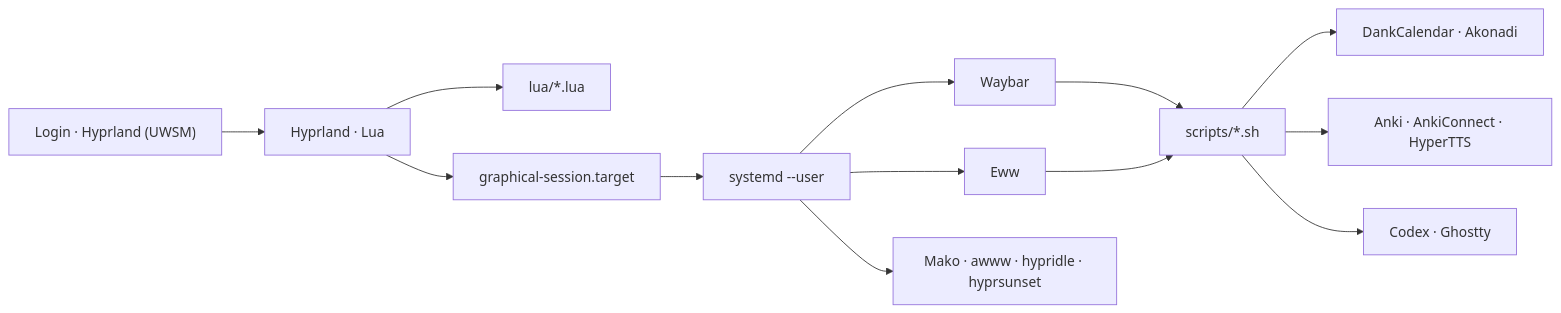
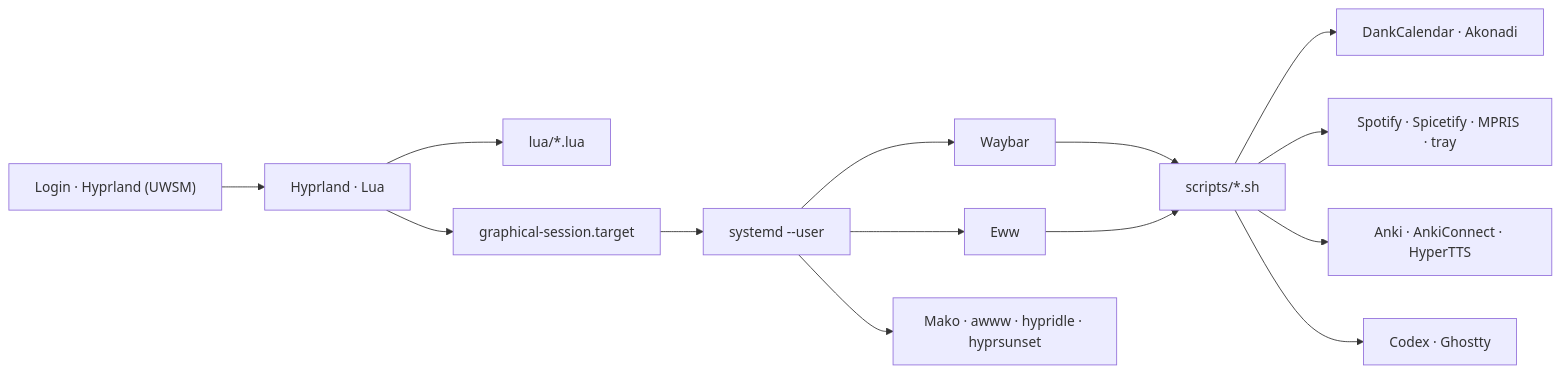
One commit to thbertoldi/hypr-configs changed the diagram in README.md. Above: the diagram before and after it, drawn with Mermaid. The commit also changed other lines of this file and 12 other files, not shown here.

Commit message:
feat(music): add customized Spotify and tray controls

````diff
--- a/README.md
+++ b/README.md
@@ -54,15 +57,16 @@
 ```mermaid
 flowchart LR
     Login["Login · Hyprland (UWSM)"] --> Hypr["Hyprland · Lua"]
     Hypr --> Config["lua/*.lua"]
     Hypr --> Session["graphical-session.target"]
     Session --> Services["systemd --user"]
     Services --> Bar["Waybar"]
     Services --> Dash["Eww"]
     Services --> Desktop["Mako · awww · hypridle · hyprsunset"]
     Bar --> Scripts["scripts/*.sh"]
     Dash --> Scripts
     Scripts --> Calendar["DankCalendar · Akonadi"]
+    Scripts --> Music["Spotify · Spicetify · MPRIS · tray"]
     Scripts --> Study["Anki · AnkiConnect · HyperTTS"]
     Scripts --> Agents["Codex · Ghostty"]
 ```
````
